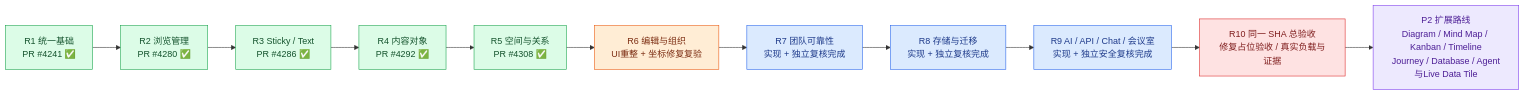
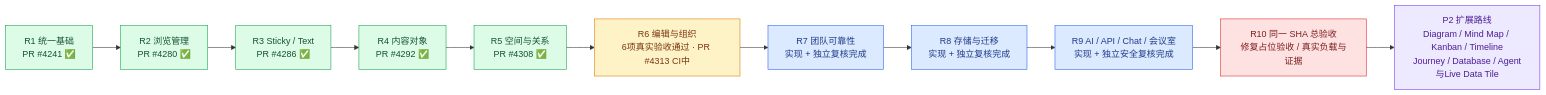
The first of 3 diagrams in phases/phase-19-board-visual-workspace/design-deltas/2026-09-26-unified-board-plan.md (boardx/workspacex), drawn with Mermaid before and after one commit. The commit also changed other lines of this file, not shown here.

````diff
--- a/phases/phase-19-board-visual-workspace/design-deltas/2026-09-26-unified-board-plan.md
+++ b/phases/phase-19-board-visual-workspace/design-deltas/2026-09-26-unified-board-plan.md
@@ -23,20 +23,20 @@
 ```mermaid
 flowchart LR
   R1["R1 统一基础<br/>PR #4241 ✅"]:::merged --> R2["R2 浏览管理<br/>PR #4280 ✅"]:::merged
   R2 --> R3["R3 Sticky / Text<br/>PR #4286 ✅"]:::merged
   R3 --> R4["R4 内容对象<br/>PR #4292 ✅"]:::merged
   R4 --> R5["R5 空间与关系<br/>PR #4308 ✅"]:::merged
-  R5 --> R6["R6 编辑与组织<br/>UI重整 + 坐标修复复验"]:::working
+  R5 --> R6["R6 编辑与组织<br/>6项真实验收通过 · PR #4313 CI中"]:::accepting
   R6 --> R7["R7 团队可靠性<br/>实现 + 独立复核完成"]:::ready
   R7 --> R8["R8 存储与迁移<br/>实现 + 独立复核完成"]:::ready
   R8 --> R9["R9 AI / API / Chat / 会议室<br/>实现 + 独立安全复核完成"]:::ready
   R9 --> R10["R10 同一 SHA 总验收<br/>修复占位验收 / 真实负载与证据"]:::blocked
   R10 --> P2["P2 扩展路线<br/>Diagram / Mind Map / Kanban / Timeline<br/>Journey / Database / Agent与Live Data Tile"]:::future
   classDef merged fill:#dcfce7,stroke:#16a34a,color:#14532d
   classDef accepting fill:#fef3c7,stroke:#d97706,color:#78350f
   classDef ready fill:#dbeafe,stroke:#2563eb,color:#1e3a8a
   classDef working fill:#ffedd5,stroke:#ea580c,color:#7c2d12
   classDef blocked fill:#fee2e2,stroke:#dc2626,color:#7f1d1d
   classDef todo fill:#f1f5f9,stroke:#64748b,color:#334155
   classDef future fill:#ede9fe,stroke:#7c3aed,color:#4c1d95
 ```
````
